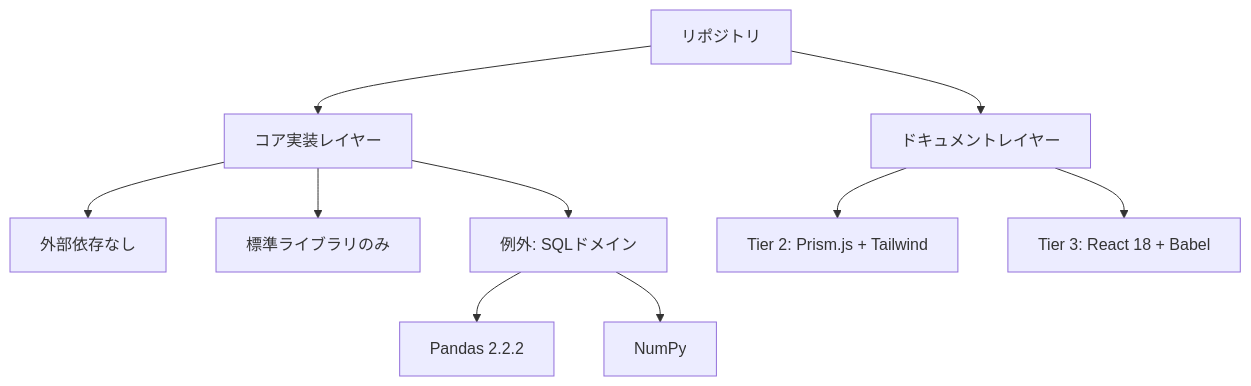
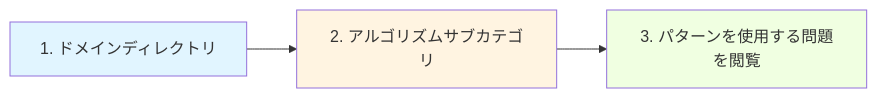
Before and after one commit to myoshi2891/Algorithm-DataStructures-Math-SQL: the eighth of 9 diagrams in README.md, drawn with Mermaid. The commit also changed other lines of this file, not shown here.

````diff
--- a/README.md
+++ b/README.md
@@ -644,15 +491,9 @@
 ```mermaid
-graph TD
-    A[リポジトリ] --> B[コア実装レイヤー]
-    A --> C[ドキュメントレイヤー]
-
-    B --> B1[外部依存なし]
-    B --> B2[標準ライブラリのみ]
-    B --> B3[例外: SQLドメイン]
-
-    C --> C1[Tier 2: Prism.js + Tailwind]
-    C --> C2[Tier 3: React 18 + Babel]
-
-    B3 --> B3A[Pandas 2.2.2]
-    B3 --> B3B[NumPy]
+graph LR
+    A[1. ドメインディレクトリ] --> B[2. アルゴリズムサブカテゴリ]
+    B --> C[3. パターンを使用する問題を閲覧]
+    
+    style A fill:#e1f5ff
+    style B fill:#fff4e1
+    style C fill:#f0ffe1
 ```
````
